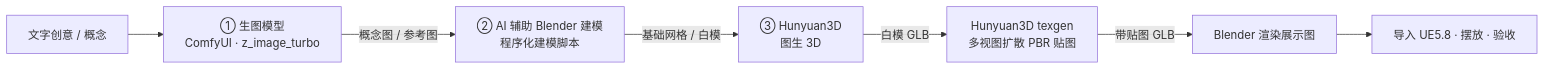
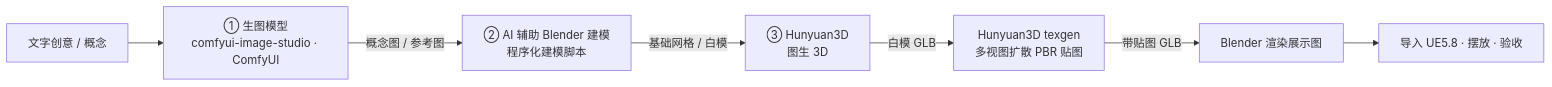
One commit to wuuwuu26/ember-protocol changed the diagram in README_CN.md. Above: the diagram before and after it, drawn with Mermaid. The commit also changed other lines of this file and 3 other files, not shown here.

First line of the commit message:
Reference comfyui-image-studio repo as the image-generation toolchain

````diff
--- a/README_CN.md
+++ b/README_CN.md
@@ -21,9 +21,9 @@
 ```mermaid
 flowchart LR
-    A[文字创意 / 概念] --> B[① 生图模型<br/>ComfyUI · z_image_turbo]
+    A[文字创意 / 概念] --> B[① 生图模型<br/>comfyui-image-studio · ComfyUI]
     B -->|概念图 / 参考图| C[② AI 辅助 Blender 建模<br/>程序化建模脚本]
     C -->|基础网格 / 白模| D[③ Hunyuan3D<br/>图生 3D]
     D -->|白模 GLB| E[Hunyuan3D texgen<br/>多视图扩散 PBR 贴图]
     E -->|带贴图 GLB| F[Blender 渲染展示图]
     F --> G[导入 UE5.8 · 摆放 · 验收]
 ```
````
